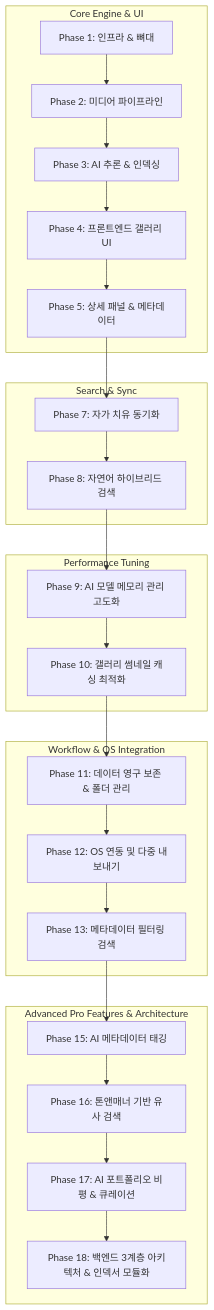
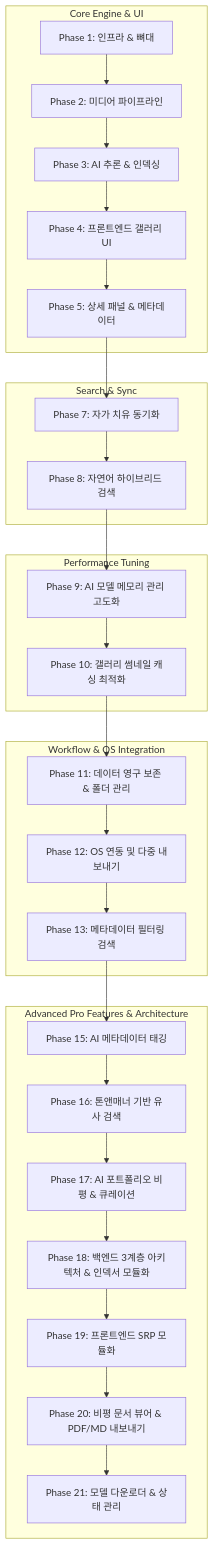
The diagram in docs/ROADMAP.md (widegather1216/focal_node), drawn with Mermaid before and after one commit. The commit also changed other lines of this file and 10 other files, not shown here.

````diff
--- a/docs/ROADMAP.md
+++ b/docs/ROADMAP.md
@@ -10,32 +10,35 @@
 ```mermaid
 graph TD
     subgraph Core[Core Engine & UI]
         P1[Phase 1: 인프라 & 뼈대] --> P2[Phase 2: 미디어 파이프라인]
         P2 --> P3[Phase 3: AI 추론 & 인덱싱]
         P3 --> P4[Phase 4: 프론트엔드 갤러리 UI]
         P4 --> P5[Phase 5: 상세 패널 & 메타데이터]
     end
     
     subgraph SearchSync[Search & Sync]
         P5 --> P7[Phase 7: 자가 치유 동기화]
         P7 --> P8[Phase 8: 자연어 하이브리드 검색]
     end
 
     subgraph Performance[Performance Tuning]
         P8 --> P9[Phase 9: AI 모델 메모리 관리 고도화]
         P9 --> P10[Phase 10: 갤러리 썸네일 캐싱 최적화]
     end
     
     subgraph Workflow[Workflow & OS Integration]
         P10 --> P11[Phase 11: 데이터 영구 보존 & 폴더 관리]
         P11 --> P12[Phase 12: OS 연동 및 다중 내보내기]
         P12 --> P13[Phase 13: 메타데이터 필터링 검색]
     end
     
     subgraph ProFeatures[Advanced Pro Features & Architecture]
         P13 --> P15[Phase 15: AI 메타데이터 태깅]
         P15 --> P16[Phase 16: 톤앤매너 기반 유사 검색]
         P16 --> P17[Phase 17: AI 포트폴리오 비평 & 큐레이션]
         P17 --> P18[Phase 18: 백엔드 3계층 아키텍처 & 인덱서 모듈화]
+        P18 --> P19[Phase 19: 프론트엔드 SRP 모듈화]
+        P19 --> P20[Phase 20: 비평 문서 뷰어 & PDF/MD 내보내기]
+        P20 --> P21[Phase 21: 모델 다운로더 & 상태 관리]
     end
 ```
````
